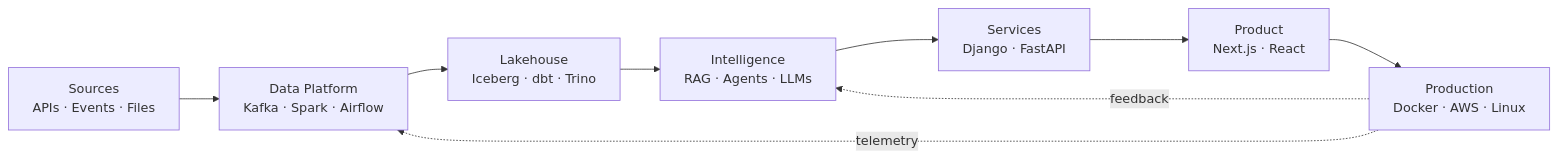
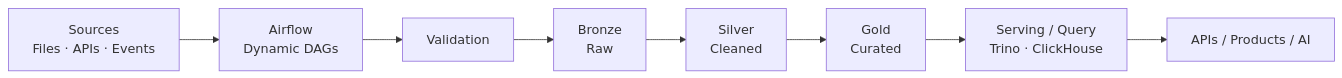
The second of 3 diagrams in README.md (Koi725/Koi725), drawn with Mermaid before and after one commit. The commit also changed other lines of this file, not shown here.

````diff
--- a/README.md
+++ b/README.md
@@ -79,11 +573,26 @@
 ```mermaid
 flowchart LR
-    A[Sources<br/>APIs · Events · Files] --> B[Data Platform<br/>Kafka · Spark · Airflow]
-    B --> C[Lakehouse<br/>Iceberg · dbt · Trino]
-    C --> D[Intelligence<br/>RAG · Agents · LLMs]
-    D --> E[Services<br/>Django · FastAPI]
-    E --> F[Product<br/>Next.js · React]
-    F --> G[Production<br/>Docker · AWS · Linux]
-    G -. telemetry .-> B
-    G -. feedback .-> D
+    SRC["Sources<br/>Files · APIs · Events"]
+
+    AIR["Airflow<br/>Dynamic DAGs"]
+
+    VALID["Validation"]
+
+    BRONZE["Bronze<br/>Raw"]
+
+    SILVER["Silver<br/>Cleaned"]
+
+    GOLD["Gold<br/>Curated"]
+
+    QUERY["Serving / Query<br/>Trino · ClickHouse"]
+
+    API["APIs / Products / AI"]
+
+    SRC --> AIR
+    AIR --> VALID
+    VALID --> BRONZE
+    BRONZE --> SILVER
+    SILVER --> GOLD
+    GOLD --> QUERY
+    QUERY --> API
 ```
````
